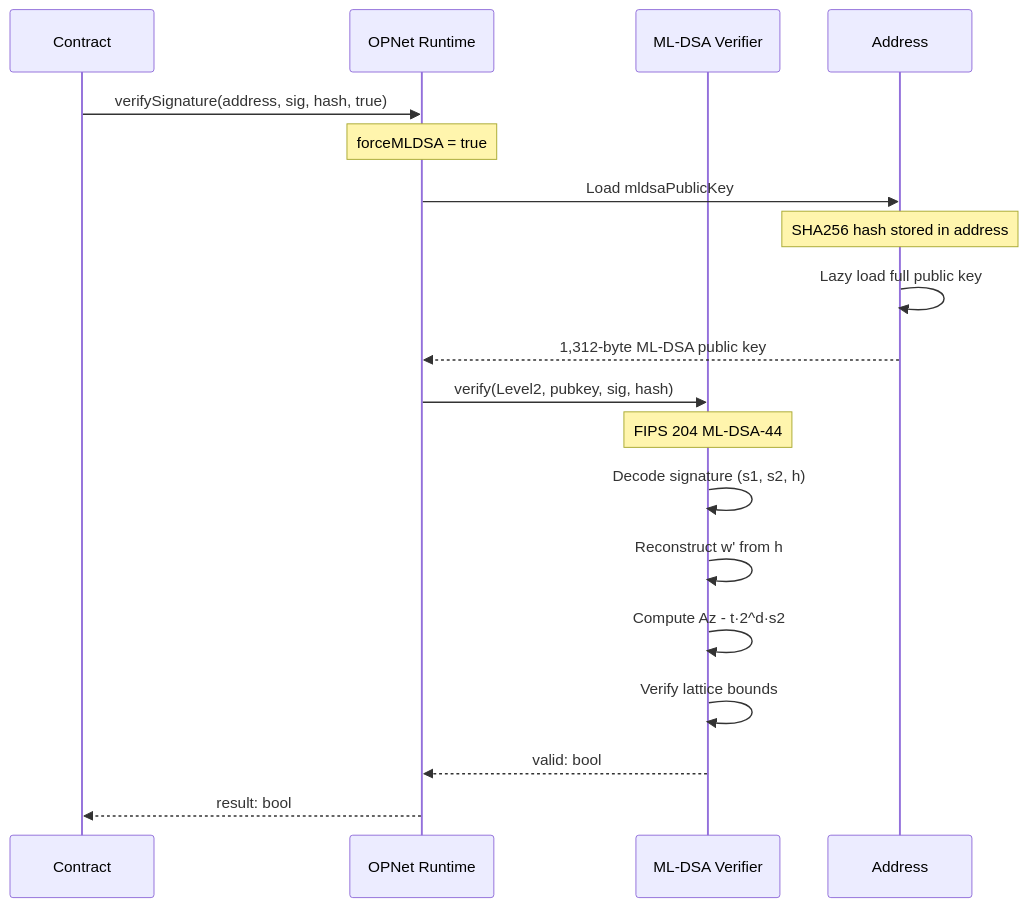
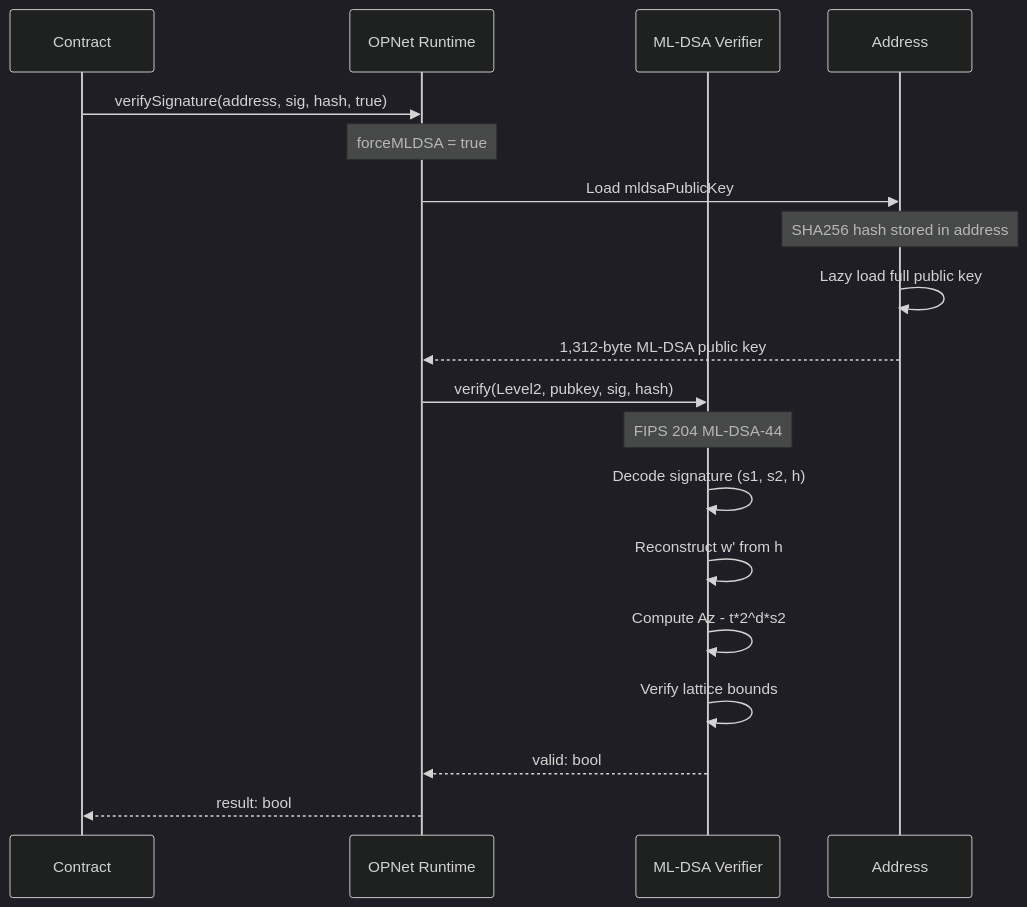
The third of 4 diagrams in docs/advanced/signature-verification.md (btc-vision/btc-runtime), drawn with Mermaid before and after one commit. The commit also changed other lines of this file and 5 other files, not shown here.

````diff
--- a/docs/advanced/signature-verification.md
+++ b/docs/advanced/signature-verification.md
@@ -84,25 +127,29 @@
 ```mermaid
+---
+config:
+  theme: dark
+---
 sequenceDiagram
     participant Contract as Contract
     participant Blockchain as OPNet Runtime
     participant MLDSAVerifier as ML-DSA Verifier
     participant Address as Address
 
     Contract->>Blockchain: verifySignature(address, sig, hash, true)
     Note over Blockchain: forceMLDSA = true
 
     Blockchain->>Address: Load mldsaPublicKey
     Note over Address: SHA256 hash stored in address
     Address->>Address: Lazy load full public key
     Address-->>Blockchain: 1,312-byte ML-DSA public key
 
     Blockchain->>MLDSAVerifier: verify(Level2, pubkey, sig, hash)
     Note over MLDSAVerifier: FIPS 204 ML-DSA-44
     MLDSAVerifier->>MLDSAVerifier: Decode signature (s1, s2, h)
     MLDSAVerifier->>MLDSAVerifier: Reconstruct w' from h
-    MLDSAVerifier->>MLDSAVerifier: Compute Az - t·2^d·s2
+    MLDSAVerifier->>MLDSAVerifier: Compute Az - t*2^d*s2
     MLDSAVerifier->>MLDSAVerifier: Verify lattice bounds
 
     MLDSAVerifier-->>Blockchain: valid: bool
     Blockchain-->>Contract: result: bool
 ```
````
